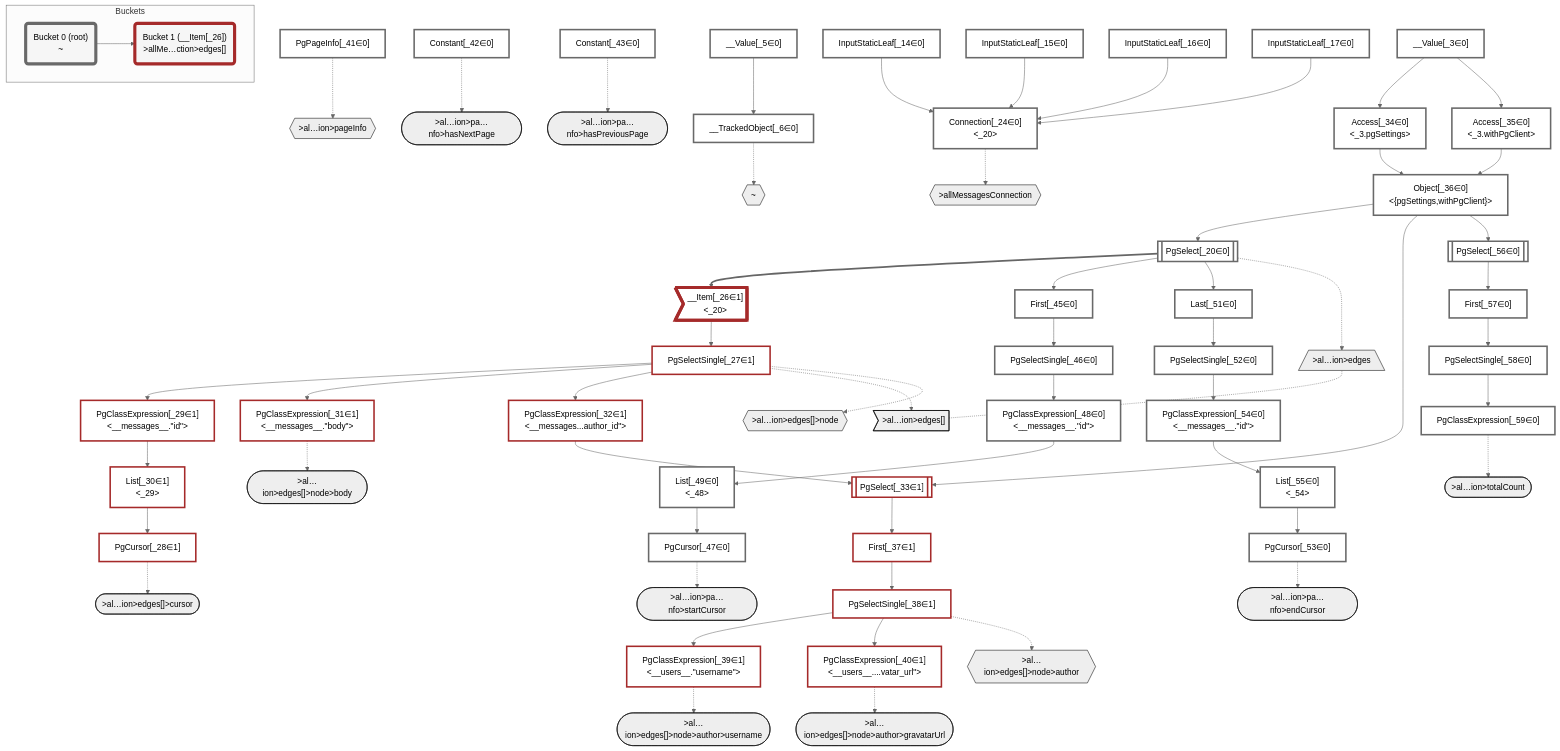
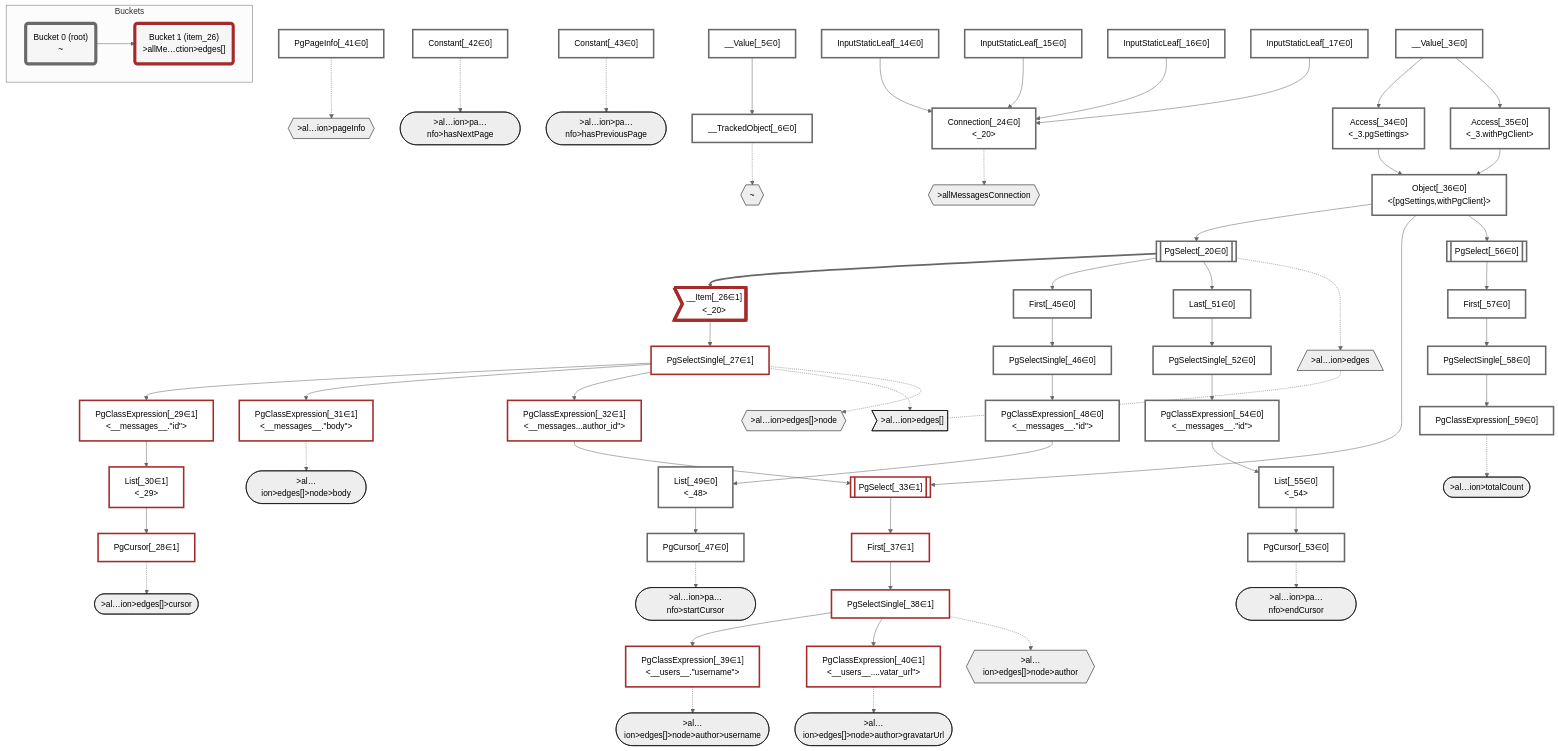
Before and after one commit to graphile/crystal: the diagram in packages/dataplan-pg/__tests__/queries/connections/basics.deopt.mermaid.md, drawn with Mermaid (neutral theme). The commit also changed 159 other files, not shown here.

```diff
--- a/packages/dataplan-pg/__tests__/queries/connections/basics.deopt.mermaid.md
+++ b/packages/dataplan-pg/__tests__/queries/connections/basics.deopt.mermaid.md
@@ -149,7 +149,7 @@
     subgraph Buckets
     Bucket0("Bucket 0 (root)<br />~"):::bucket
     style Bucket0 stroke:#696969
-    Bucket1("Bucket 1 (__Item[_26])<br />>allMe…ction>edges[]"):::bucket
+    Bucket1("Bucket 1 (item_26)<br />>allMe…ction>edges[]"):::bucket
     style Bucket1 stroke:#a52a2a
     Bucket0 --> Bucket1
     end
```
